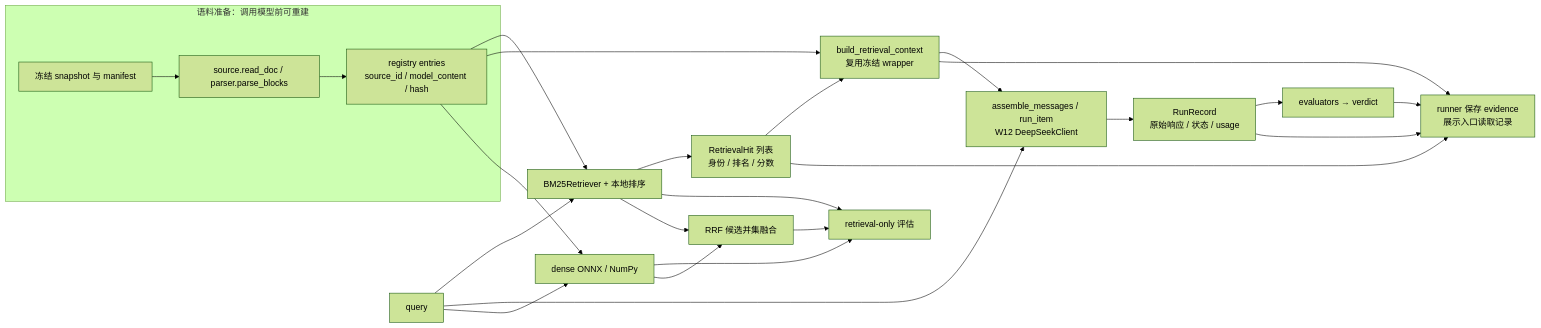
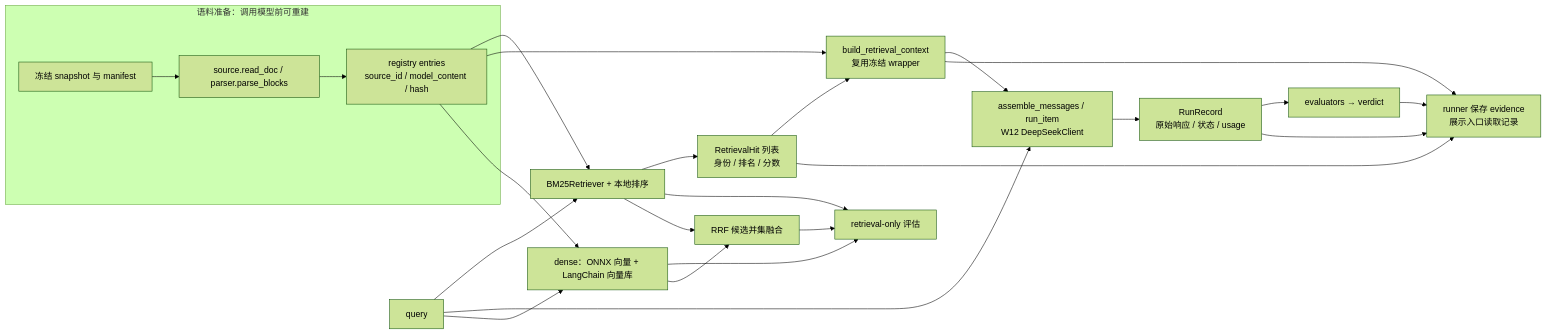
The first of 2 diagrams in week13-rag/notes/rag-implementation-guide.md (NiceFreak/nodejs-skillup), drawn with Mermaid (forest theme) before and after one commit. The commit also changed other lines of this file and 27 other files, not shown here.

First line of the commit message:
w13: dense LangChain 接线与端到端证据、展板文案中性化、包与脚本导读

````diff
--- a/week13-rag/notes/rag-implementation-guide.md
+++ b/week13-rag/notes/rag-implementation-guide.md
@@ -14,27 +15,27 @@
 ```mermaid
 flowchart LR
   subgraph prepare[语料准备：调用模型前可重建]
     S[冻结 snapshot 与 manifest] --> P[source.read_doc / parser.parse_blocks]
     P --> R[registry entries<br/>source_id / model_content / hash]
   end
   Q[query] --> B[BM25Retriever + 本地排序]
   R --> B
   B --> H[RetrievalHit 列表<br/>身份 / 排名 / 分数]
   H --> C[build_retrieval_context<br/>复用冻结 wrapper]
   R --> C
   C --> G[assemble_messages / run_item<br/>W12 DeepSeekClient]
   Q --> G
   G --> F[RunRecord<br/>原始响应 / 状态 / usage]
   F --> E[evaluators → verdict]
   E --> O[runner 保存 evidence<br/>展示入口读取记录]
   F --> O
   H --> O
   C --> O
-  R --> D[dense ONNX / NumPy]
+  R --> D[dense：ONNX 向量 + LangChain 向量库]
   Q --> D
   D --> X[retrieval-only 评估]
   B --> X
   B --> Y[RRF 候选并集融合]
   D --> Y
   Y --> X
 ```
````
